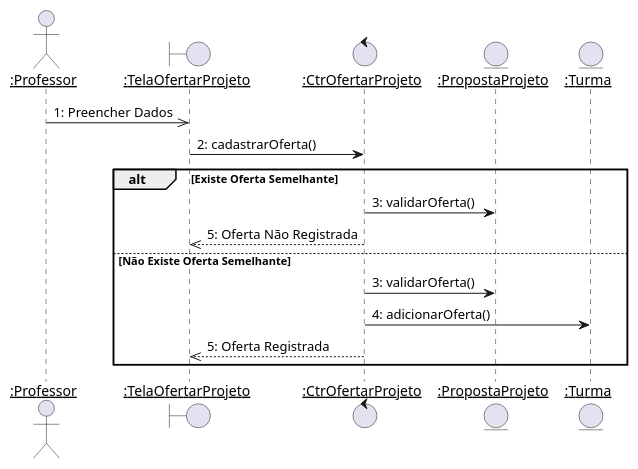
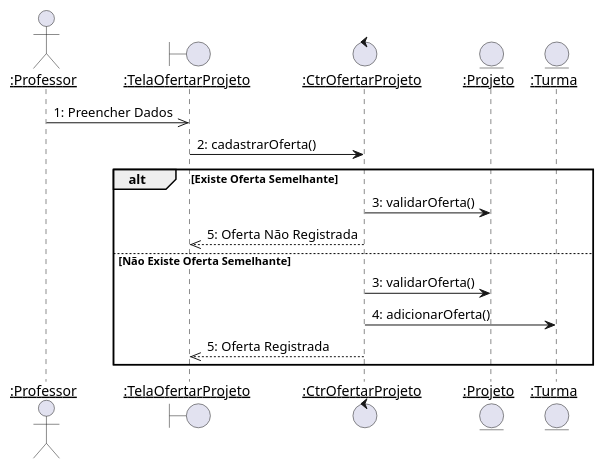
Before and after one commit to Pedro-V/projetorium: the diagram in diagramas/sequencia/ofertar_projeto.puml, drawn with PlantUML. The commit also changed 11 other files, not shown here.

```diff
--- a/diagramas/sequencia/ofertar_projeto.puml
+++ b/diagramas/sequencia/ofertar_projeto.puml
@@ -1,21 +1,21 @@
-@startuml oferta_projeto
+@startuml
 skinparam sequenceParticipant underline
 
 actor ":Professor" as Professor
 boundary ":TelaOfertarProjeto" as TelaOfertarProjeto
 control ":CtrOfertarProjeto" as CtrOfertarProjeto
-entity ":PropostaProjeto" as PropostaProjeto
+entity ":Projeto" as Projeto
 entity ":Turma" as Turma
 
 Professor ->> TelaOfertarProjeto :1: Preencher Dados
 TelaOfertarProjeto -> CtrOfertarProjeto :2: cadastrarOferta()
 
 alt Existe Oferta Semelhante
-    CtrOfertarProjeto -> PropostaProjeto :3: validarOferta()
+    CtrOfertarProjeto -> Projeto :3: validarOferta()
     CtrOfertarProjeto -->> TelaOfertarProjeto --: 5: Oferta Não Registrada
 else Não Existe Oferta Semelhante
-    CtrOfertarProjeto -> PropostaProjeto :3: validarOferta()
+    CtrOfertarProjeto -> Projeto :3: validarOferta()
     CtrOfertarProjeto -> Turma : 4: adicionarOferta()
     CtrOfertarProjeto -->> TelaOfertarProjeto --: 5: Oferta Registrada
 end
 @enduml
```
